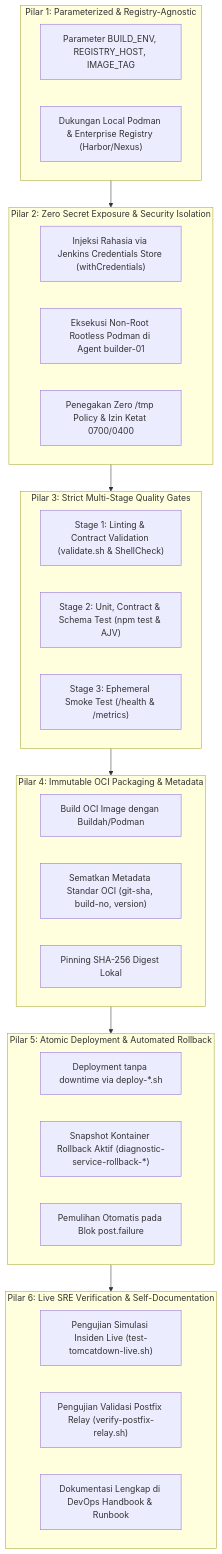
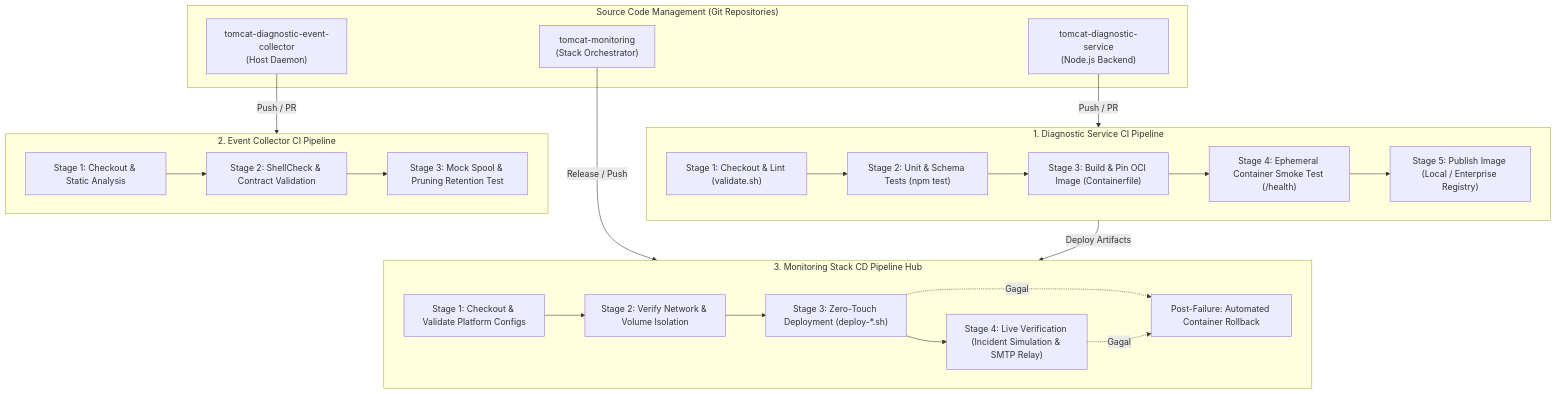
One commit to edkas07-oss/devops-handbook changed the first of 3 diagrams in docs/projects/tomcat-monitoring/engineering-journal/continuous-integration-and-deployment/TN-001-design-production-ready-jenkins-cicd-pipeline-architecture.md. Above: the diagram before and after it, drawn with Mermaid. The commit also changed other lines of this file, not shown here.

Commit message:
docs(journal): rewrite TN-001 with formal enterprise-grade architecture and roadmap specifications

````diff
--- a/docs/projects/tomcat-monitoring/engineering-journal/continuous-integration-and-deployment/TN-001-design-production-ready-jenkins-cicd-pipeline-architecture.md
+++ b/docs/projects/tomcat-monitoring/engineering-journal/continuous-integration-and-deployment/TN-001-design-production-ready-jenkins-cicd-pipeline-architecture.md
@@ -126,39 +69,40 @@
 ```mermaid
 flowchart TD
-    subgraph P1["Pilar 1: Parameterized & Registry-Agnostic"]
-        A1["Parameter BUILD_ENV, REGISTRY_HOST, IMAGE_TAG"]
-        A2["Dukungan Local Podman & Enterprise Registry (Harbor/Nexus)"]
+    subgraph SCM["Source Code Management (Git Repositories)"]
+        RepoDS["tomcat-diagnostic-service<br/>(Node.js Backend)"]
+        RepoEC["tomcat-diagnostic-event-collector<br/>(Host Daemon)"]
+        RepoTM["tomcat-monitoring<br/>(Stack Orchestrator)"]
     end
 
-    subgraph P2["Pilar 2: Zero Secret Exposure & Security Isolation"]
-        B1["Injeksi Rahasia via Jenkins Credentials Store (withCredentials)"]
-        B2["Eksekusi Non-Root Rootless Podman di Agent builder-01"]
-        B3["Penegakan Zero /tmp Policy & Izin Ketat 0700/0400"]
+    subgraph CI_DS["1. Diagnostic Service CI Pipeline"]
+        DS1["Stage 1: Checkout & Lint (validate.sh)"]
+        DS2["Stage 2: Unit & Schema Tests (npm test)"]
+        DS3["Stage 3: Build & Pin OCI Image (Containerfile)"]
+        DS4["Stage 4: Ephemeral Container Smoke Test (/health)"]
+        DS5["Stage 5: Publish Image (Local / Enterprise Registry)"]
+        DS1 --> DS2 --> DS3 --> DS4 --> DS5
     end
 
-    subgraph P3["Pilar 3: Strict Multi-Stage Quality Gates"]
-        C1["Stage 1: Linting & Contract Validation (validate.sh & ShellCheck)"]
-        C2["Stage 2: Unit, Contract & Schema Test (npm test & AJV)"]
-        C3["Stage 3: Ephemeral Smoke Test (/health & /metrics)"]
+    subgraph CI_EC["2. Event Collector CI Pipeline"]
+        EC1["Stage 1: Checkout & Static Analysis"]
+        EC2["Stage 2: ShellCheck & Contract Validation"]
+        EC3["Stage 3: Mock Spool & Pruning Retention Test"]
+        EC1 --> EC2 --> EC3
     end
 
-    subgraph P4["Pilar 4: Immutable OCI Packaging & Metadata"]
-        D1["Build OCI Image dengan Buildah/Podman"]
-        D2["Sematkan Metadata Standar OCI (git-sha, build-no, version)"]
-        D3["Pinning SHA-256 Digest Lokal"]
+    subgraph CD_Stack["3. Monitoring Stack CD Pipeline Hub"]
+        TM1["Stage 1: Checkout & Validate Platform Configs"]
+        TM2["Stage 2: Verify Network & Volume Isolation"]
+        TM3["Stage 3: Zero-Touch Deployment (deploy-*.sh)"]
+        TM4["Stage 4: Live Verification (Incident Simulation & SMTP Relay)"]
+        Rollback["Post-Failure: Automated Container Rollback"]
+        TM1 --> TM2 --> TM3 --> TM4
+        TM3 -.->|Gagal| Rollback
+        TM4 -.->|Gagal| Rollback
     end
 
-    subgraph P5["Pilar 5: Atomic Deployment & Automated Rollback"]
-        E1["Deployment tanpa downtime via deploy-*.sh"]
-        E2["Snapshot Kontainer Rollback Aktif (diagnostic-service-rollback-*)"]
-        E3["Pemulihan Otomatis pada Blok post.failure"]
-    end
-
-    subgraph P6["Pilar 6: Live SRE Verification & Self-Documentation"]
-        F1["Pengujian Simulasi Insiden Live (test-tomcatdown-live.sh)"]
-        F2["Pengujian Validasi Postfix Relay (verify-postfix-relay.sh)"]
-        F3["Dokumentasi Lengkap di DevOps Handbook & Runbook"]
-    end
-
-    P1 --> P2 --> P3 --> P4 --> P5 --> P6
+    RepoDS -->|Push / PR| CI_DS
+    RepoEC -->|Push / PR| CI_EC
+    RepoTM -->|Release / Push| CD_Stack
+    CI_DS -->|Deploy Artifacts| CD_Stack
 ```
````
